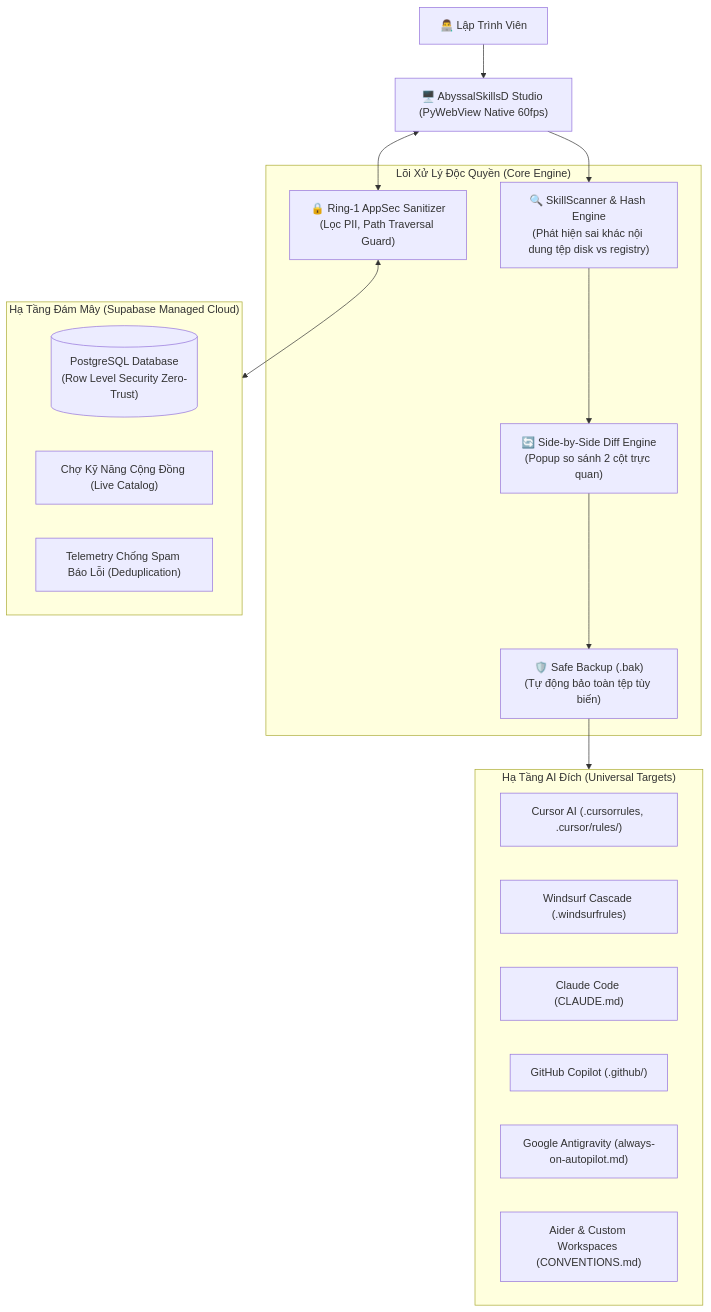
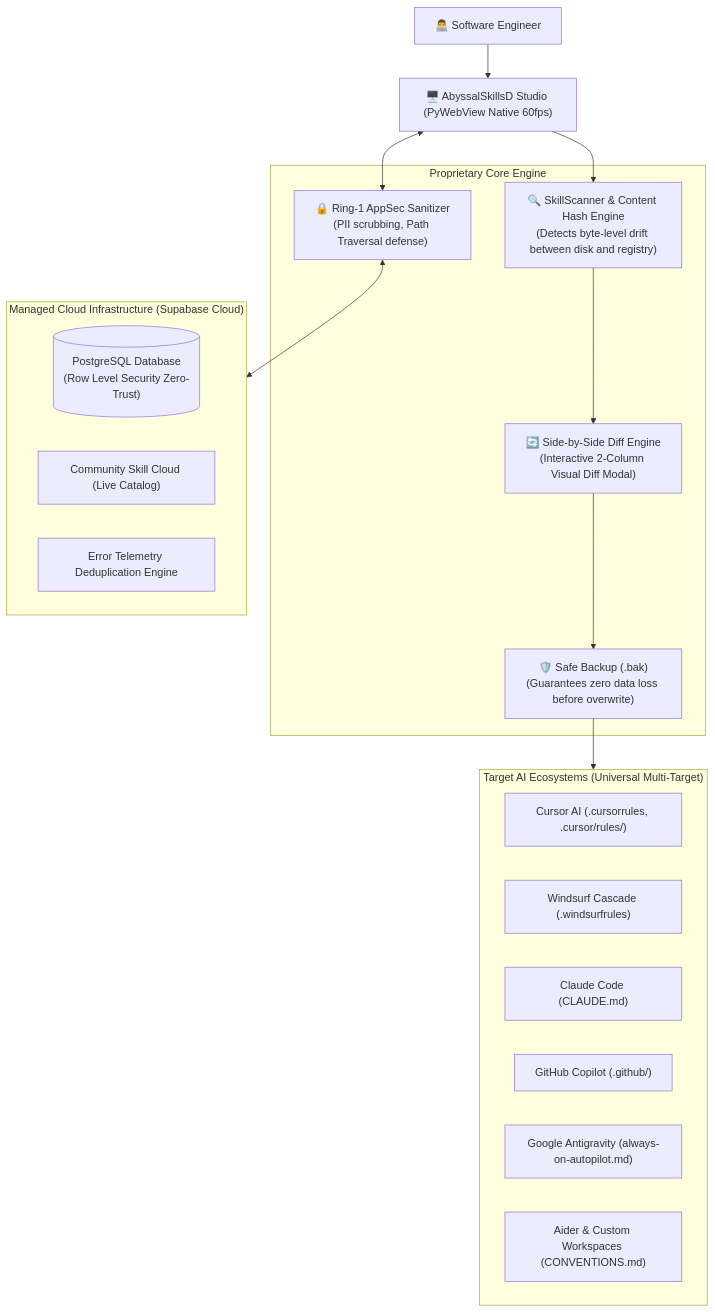
One commit to Play-with-me/AbyssalSkills-AI changed the diagram in README.md. Above: the diagram before and after it, drawn with Mermaid. The commit also changed other lines of this file and 1 other file, not shown here.

````diff
--- a/README.md
+++ b/README.md
@@ -90,33 +95,33 @@
 ```mermaid
 flowchart TD
-    User["👨‍💻 Lập Trình Viên"] --> DesktopApp["🖥️ AbyssalSkillsD Studio (PyWebView Native 60fps)"]
+    User["👨‍💻 Software Engineer"] --> DesktopApp["🖥️ AbyssalSkillsD Studio (PyWebView Native 60fps)"]
     
-    subgraph Engine["Lõi Xử Lý Độc Quyền (Core Engine)"]
-        Scanner["🔍 SkillScanner & Hash Engine\n(Phát hiện sai khác nội dung tệp disk vs registry)"]
-        DiffEngine["🔄 Side-by-Side Diff Engine\n(Popup so sánh 2 cột trực quan)"]
-        SafeBackup["🛡️ Safe Backup (.bak)\n(Tự động bảo toàn tệp tùy biến)"]
-        AppSec["🔒 Ring-1 AppSec Sanitizer\n(Lọc PII, Path Traversal Guard)"]
+    subgraph Engine["Proprietary Core Engine"]
+        Scanner["🔍 SkillScanner & Content Hash Engine\n(Detects byte-level drift between disk and registry)"]
+        DiffEngine["🔄 Side-by-Side Diff Engine\n(Interactive 2-Column Visual Diff Modal)"]
+        SafeBackup["🛡️ Safe Backup (.bak)\n(Guarantees zero data loss before overwrite)"]
+        AppSec["🔒 Ring-1 AppSec Sanitizer\n(PII scrubbing, Path Traversal defense)"]
     end
 
-    subgraph Targets["Hạ Tầng AI Đích (Universal Targets)"]
+    subgraph Targets["Target AI Ecosystems (Universal Multi-Target)"]
         T1["Cursor AI (.cursorrules, .cursor/rules/)"]
         T2["Windsurf Cascade (.windsurfrules)"]
         T3["Claude Code (CLAUDE.md)"]
         T4["GitHub Copilot (.github/)"]
         T5["Google Antigravity (always-on-autopilot.md)"]
         T6["Aider & Custom Workspaces (CONVENTIONS.md)"]
     end
 
-    subgraph CloudInfra["Hạ Tầng Đám Mây (Supabase Managed Cloud)"]
+    subgraph CloudInfra["Managed Cloud Infrastructure (Supabase Cloud)"]
         SupaDB[("PostgreSQL Database\n(Row Level Security Zero-Trust)")]
-        Community["Chợ Kỹ Năng Cộng Đồng (Live Catalog)"]
-        Telemetry["Telemetry Chống Spam Báo Lỗi (Deduplication)"]
+        Community["Community Skill Cloud (Live Catalog)"]
+        Telemetry["Error Telemetry Deduplication Engine"]
     end
 
     DesktopApp --> Scanner
     Scanner --> DiffEngine
     DiffEngine --> SafeBackup
     SafeBackup --> Targets
     DesktopApp <--> AppSec
     AppSec <--> CloudInfra
 ```
````
